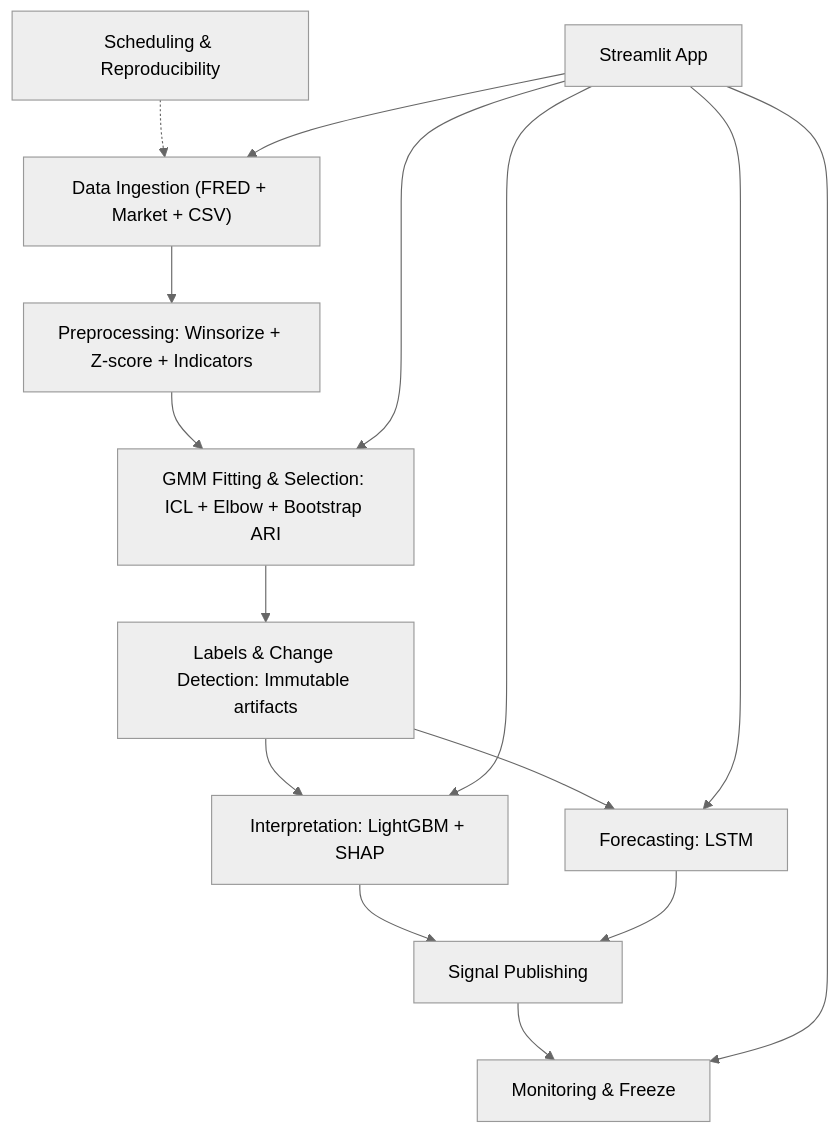
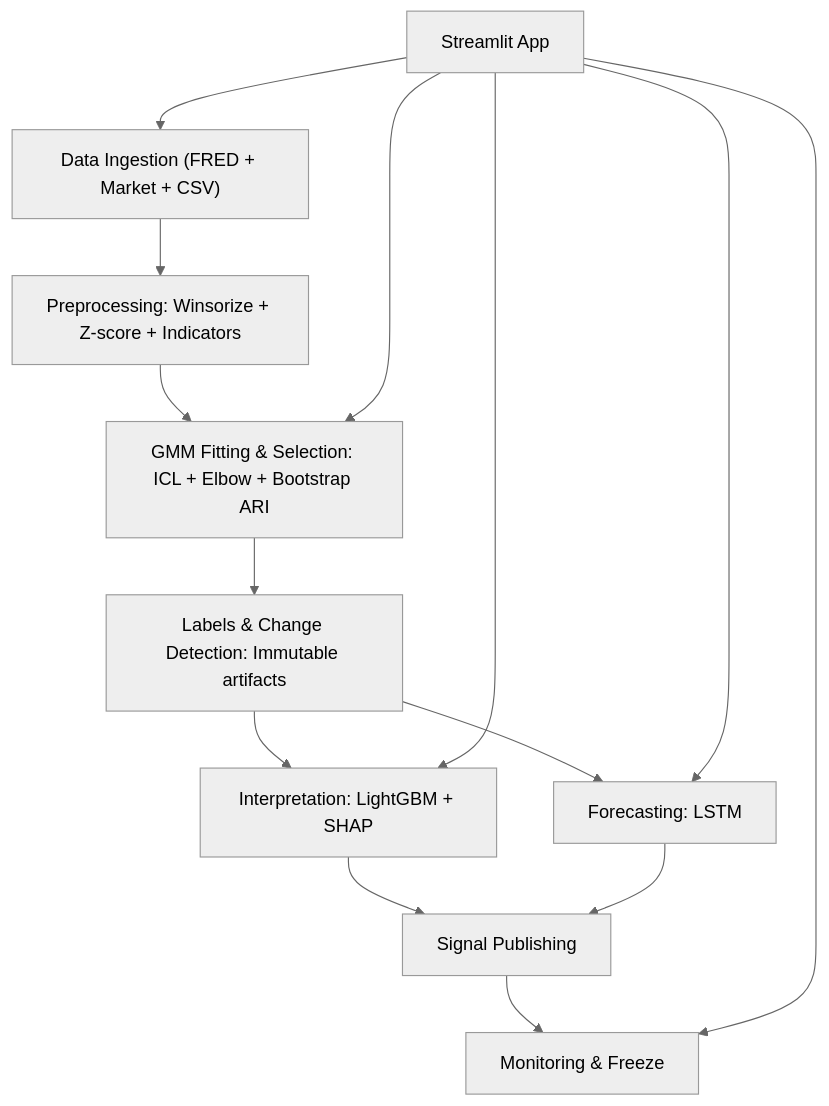
Before and after one commit to hillmatt7/Macro-Regime-Modeling: the diagram in README.md, drawn with Mermaid (neutral theme).

Commit message:
further readme fixes

````diff
--- a/README.md
+++ b/README.md
@@ -36,17 +36,16 @@
 ```mermaid
 graph TD
   A["Data Ingestion (FRED + Market + CSV)"] --> B["Preprocessing: Winsorize + Z-score + Indicators"]
   B --> C["GMM Fitting & Selection: ICL + Elbow + Bootstrap ARI"]
   C --> D["Labels & Change Detection: Immutable artifacts"]
   D --> E["Interpretation: LightGBM + SHAP"]
   D --> F["Forecasting: LSTM"]
   E --> G["Signal Publishing"]
   F --> G
   G --> H["Monitoring & Freeze"]
-  I["Scheduling & Reproducibility"] -.-> A
-  J["Streamlit App"] --> A
-  J --> C
-  J --> E
-  J --> F
-  J --> H
+  I["Streamlit App"] --> A
+  I --> C
+  I --> E
+  I --> F
+  I --> H
 ```
````
